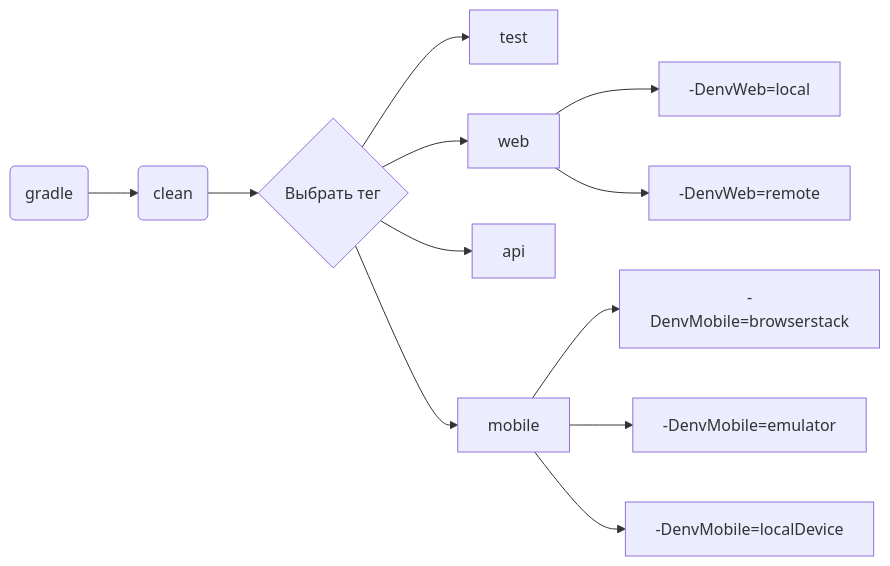
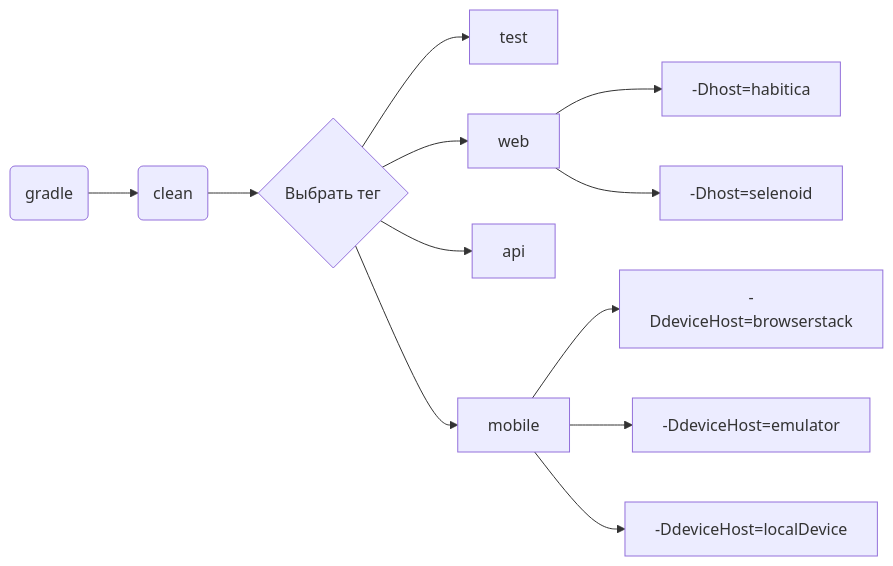
Before and after one commit to Gan9leri/habitica-patent: the diagram in README.md, drawn with Mermaid.

````diff
--- a/README.md
+++ b/README.md
@@ -94,14 +94,14 @@
 ```mermaid 
 flowchart LR
     A(gradle) --> B(clean)
     B --> C{Выбрать тег}
     C --> D[test]
     C --> E[web]
     C --> F[api]
     C --> G[mobile]
-    E --> H[-DenvWeb=local]
-    E --> I[-DenvWeb=remote]
-    G --> J[-DenvMobile=browserstack]
-    G --> K[-DenvMobile=emulator]
-    G --> L[-DenvMobile=localDevice]
+    E --> H[-Dhost=habitica]
+    E --> I[-Dhost=selenoid]
+    G --> J[-DdeviceHost=browserstack]
+    G --> K[-DdeviceHost=emulator]
+    G --> L[-DdeviceHost=localDevice]
 ```
````
